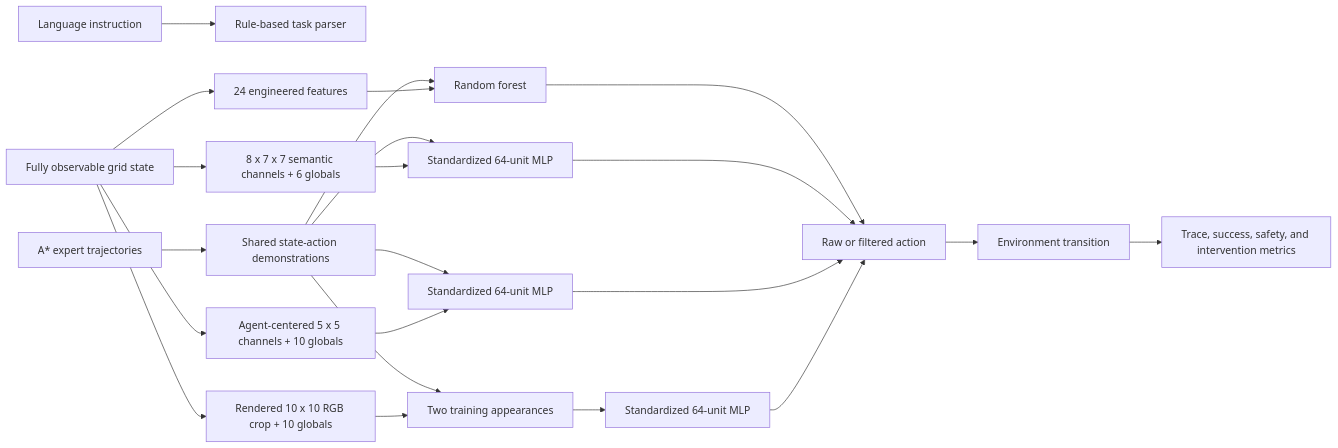
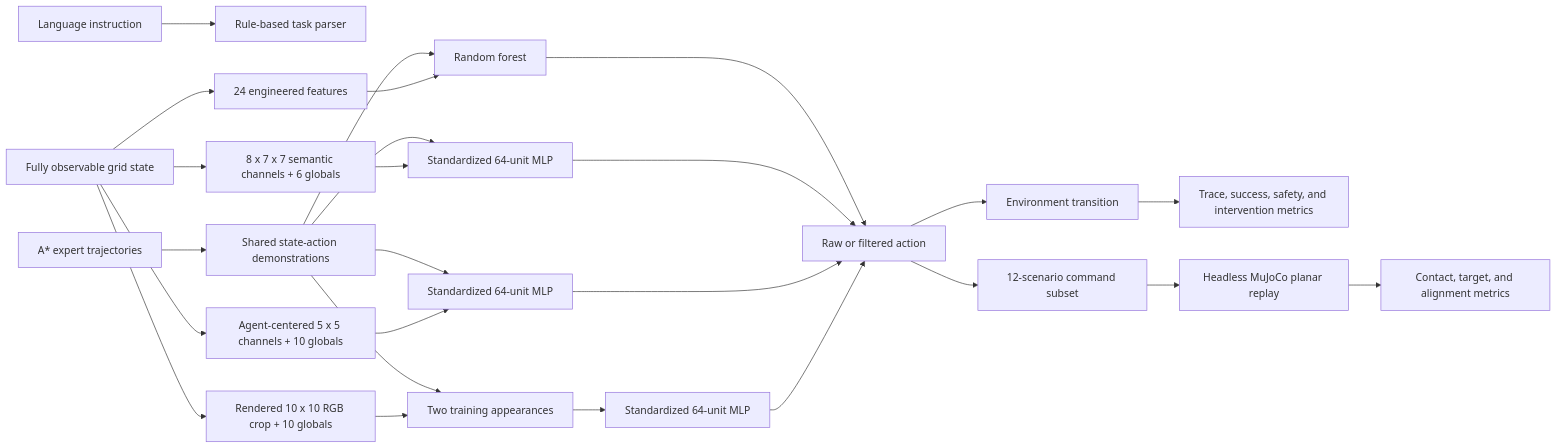
Before and after one commit to josiahsutd-stack/ai-portfolio: the diagram in projects/vla-embodied-agent-simulator/README.md, drawn with Mermaid. The commit also changed other lines of this file and 31 other files, not shown here.

Commit message:
Add MuJoCo embodied command replay evidence

````diff
--- a/projects/vla-embodied-agent-simulator/README.md
+++ b/projects/vla-embodied-agent-simulator/README.md
@@ -87,24 +104,27 @@
 ```mermaid
 flowchart LR
   A["Language instruction"] --> B["Rule-based task parser"]
   C["Fully observable grid state"] --> D["24 engineered features"]
   C --> E["8 x 7 x 7 semantic channels + 6 globals"]
   C --> M["Agent-centered 5 x 5 channels + 10 globals"]
   C --> O["Rendered 10 x 10 RGB crop + 10 globals"]
   F["A* expert trajectories"] --> G["Shared state-action demonstrations"]
   G --> H["Random forest"]
   G --> I["Standardized 64-unit MLP"]
   G --> N["Standardized 64-unit MLP"]
   G --> P["Two training appearances"]
   D --> H
   E --> I
   M --> N
   O --> P
   P --> R["Standardized 64-unit MLP"]
   H --> J["Raw or filtered action"]
   I --> J
   N --> J
   R --> J
   J --> K["Environment transition"]
   K --> L["Trace, success, safety, and intervention metrics"]
+  J --> S["12-scenario command subset"]
+  S --> T["Headless MuJoCo planar replay"]
+  T --> U["Contact, target, and alignment metrics"]
 ```
````
